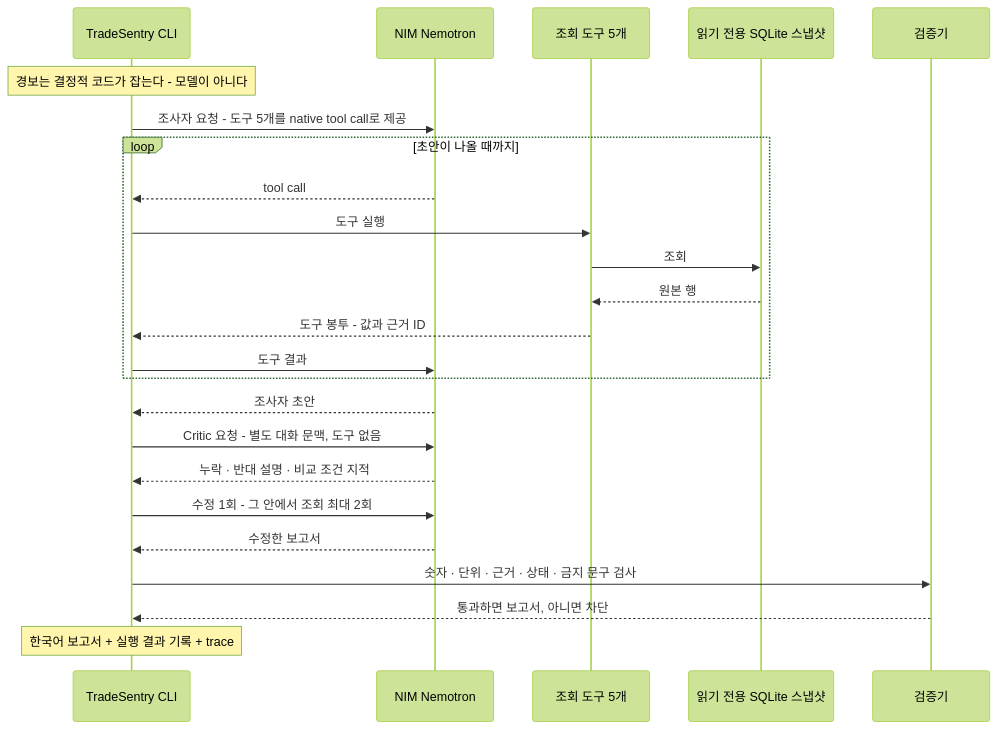
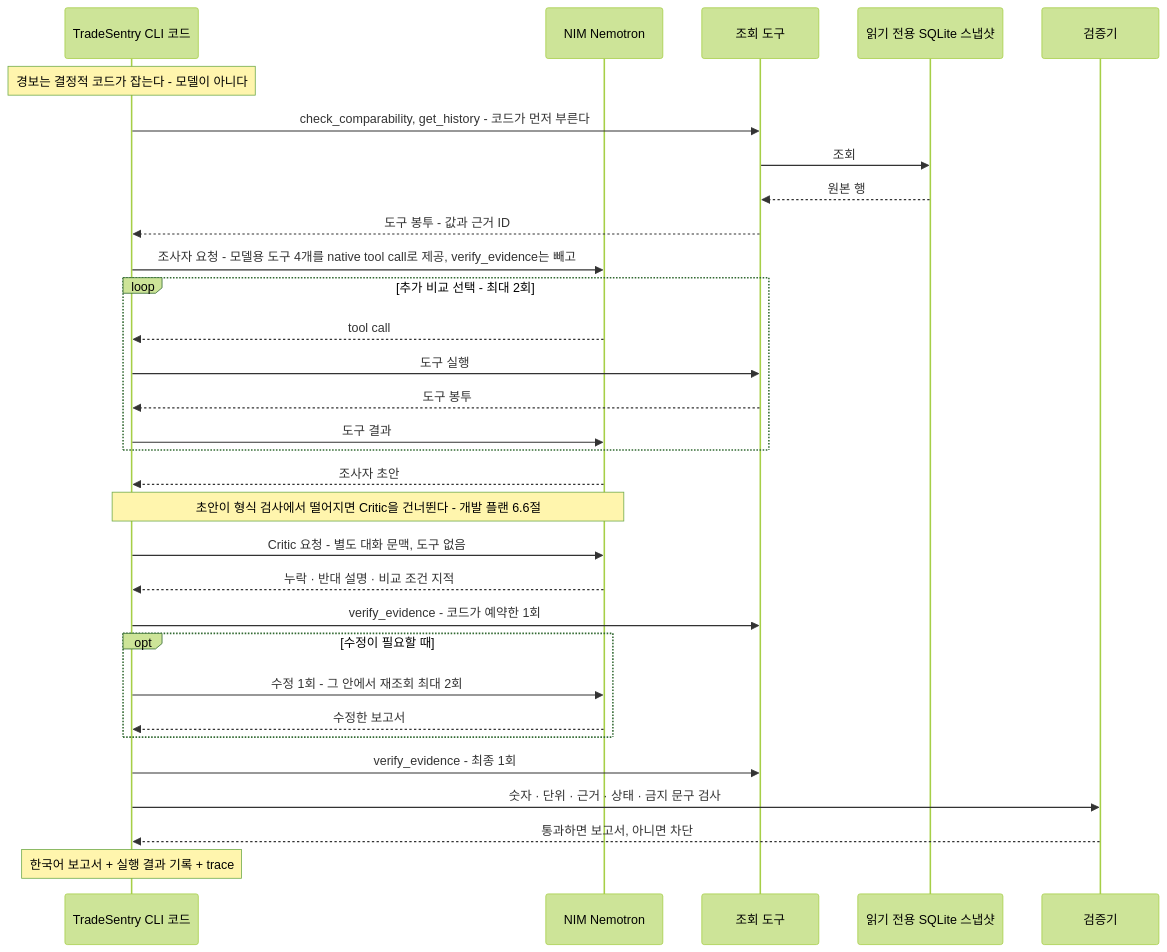
Before and after one commit to JoeHwangHee/nvidia-hackathon-2026: the third of 6 diagrams in README.md, drawn with Mermaid (forest theme). The commit also changed other lines of this file and 1 other file, not shown here.

First line of the commit message:
docs(RDM1): 독립 검토 반영 — 조사 순서 그림을 코드·개발 플랜 6.7절에 맞춤(처음 두 조회·근거 확인은 코드, 모델용 도구 4개, 수정은 필요할 때), 시연·채점 샌드박스 분리 표시, 범례와 조회 선, 도구 서술 정확화 + status

````diff
--- a/README.md
+++ b/README.md
@@ -107,26 +112,33 @@
 ```mermaid
 sequenceDiagram
-  participant CLI as TradeSentry CLI
+  participant CLI as TradeSentry CLI 코드
   participant NIM as NIM Nemotron
-  participant T as 조회 도구 5개
+  participant T as 조회 도구
   participant DB as 읽기 전용 SQLite 스냅샷
   participant V as 검증기
   Note over CLI: 경보는 결정적 코드가 잡는다 - 모델이 아니다
-  CLI->>NIM: 조사자 요청 - 도구 5개를 native tool call로 제공
-  loop 초안이 나올 때까지
+  CLI->>T: check_comparability, get_history - 코드가 먼저 부른다
+  T->>DB: 조회
+  DB-->>T: 원본 행
+  T-->>CLI: 도구 봉투 - 값과 근거 ID
+  CLI->>NIM: 조사자 요청 - 모델용 도구 4개를 native tool call로 제공, verify_evidence는 빼고
+  loop 추가 비교 선택 - 최대 2회
     NIM-->>CLI: tool call
     CLI->>T: 도구 실행
-    T->>DB: 조회
-    DB-->>T: 원본 행
-    T-->>CLI: 도구 봉투 - 값과 근거 ID
+    T-->>CLI: 도구 봉투
     CLI->>NIM: 도구 결과
   end
   NIM-->>CLI: 조사자 초안
+  Note over CLI,NIM: 초안이 형식 검사에서 떨어지면 Critic을 건너뛴다 - 개발 플랜 6.6절
   CLI->>NIM: Critic 요청 - 별도 대화 문맥, 도구 없음
   NIM-->>CLI: 누락 · 반대 설명 · 비교 조건 지적
-  CLI->>NIM: 수정 1회 - 그 안에서 조회 최대 2회
-  NIM-->>CLI: 수정한 보고서
+  CLI->>T: verify_evidence - 코드가 예약한 1회
+  opt 수정이 필요할 때
+    CLI->>NIM: 수정 1회 - 그 안에서 재조회 최대 2회
+    NIM-->>CLI: 수정한 보고서
+  end
+  CLI->>T: verify_evidence - 최종 1회
   CLI->>V: 숫자 · 단위 · 근거 · 상태 · 금지 문구 검사
   V-->>CLI: 통과하면 보고서, 아니면 차단
   Note over CLI: 한국어 보고서 + 실행 결과 기록 + trace
 ```
````
